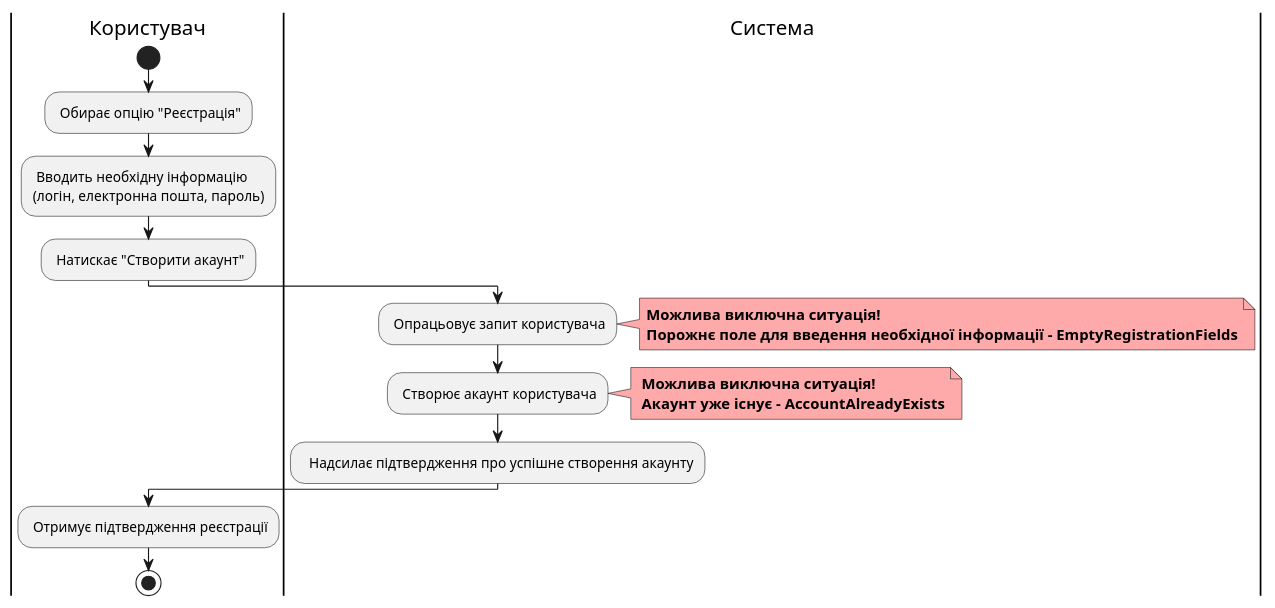
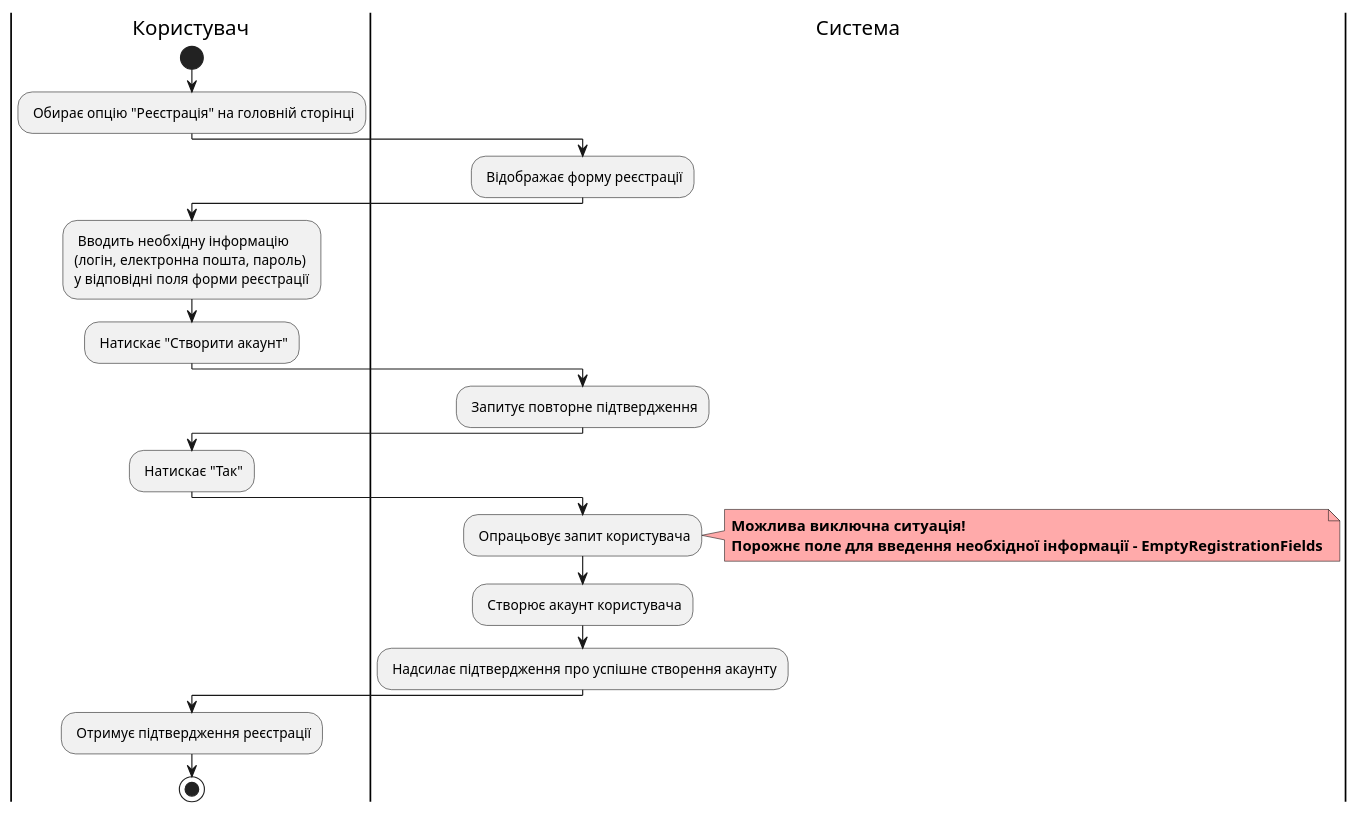
Before and after one commit to watashone/db-labs: diagram 11 of 19 in docs/use cases/README.md, drawn with PlantUML. The commit also changed other lines of this file, not shown here.

```diff
--- a/docs/use cases/README.md
+++ b/docs/use cases/README.md
@@ -346,24 +373,27 @@
 @startuml
 
     |Користувач|
         start
-        : Обирає опцію "Реєстрація";
-        : Вводить необхідну інформацію \n(логін, електронна пошта, пароль);
+        : Обирає опцію "Реєстрація" на головній сторінці;
+    |Система|
+        : Відображає форму реєстрації;
+    |Користувач|
+        : Вводить необхідну інформацію \n(логін, електронна пошта, пароль) \nу відповідні поля форми реєстрації;
         : Натискає "Створити акаунт";
+    |Система|
+        : Запитує повторне підтвердження;
+    |Користувач|
+        : Натискає "Так";
     |Система|
         : Опрацьовує запит користувача;
         note right #ffaaaa
         <b>Можлива виключна ситуація!
         <b>Порожнє поле для введення необхідної інформації - EmptyRegistrationFields
         end note
         : Створює акаунт користувача;
-        note right #ffaaaa
-        <b> Можлива виключна ситуація!
-        <b> Акаунт уже існує - AccountAlreadyExists
-        end note
-        :  Надсилає підтвердження про успішне створення акаунту;
+        : Надсилає підтвердження про успішне створення акаунту;
     |Користувач|
         : Отримує підтвердження реєстрації;
         stop;
         
 @enduml
```
